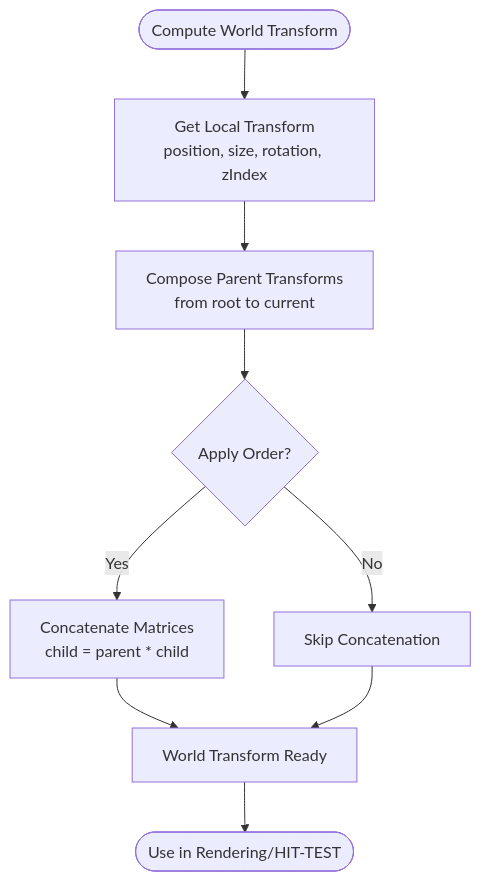
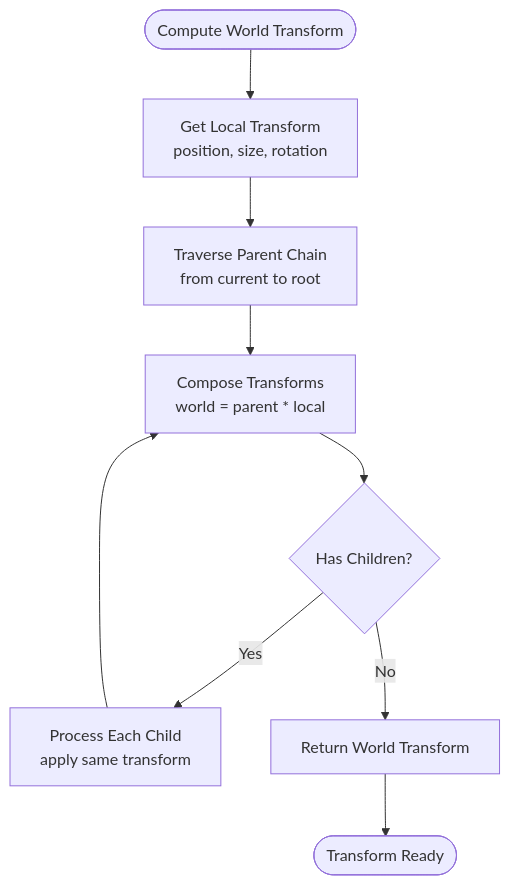
The fifth of 9 diagrams in .qoder/repowiki/en/content/Core Engine System/Scene Graph Architecture.md (Anna0314zy/ai_editor_enginer), drawn with Mermaid before and after one commit. The commit also changed other lines of this file and 41 other files, not shown here.

````diff
--- a/.qoder/repowiki/en/content/Core Engine System/Scene Graph Architecture.md
+++ b/.qoder/repowiki/en/content/Core Engine System/Scene Graph Architecture.md
@@ -189,11 +302,11 @@
 ```mermaid
 flowchart TD
-Start(["Compute World Transform"]) --> GetLocal["Get Local Transform<br/>position, size, rotation, zIndex"]
-GetLocal --> ComposeParent["Compose Parent Transforms<br/>from root to current"]
-ComposeParent --> ApplyOrder{"Apply Order?"}
-ApplyOrder --> |Yes| Concatenate["Concatenate Matrices<br/>child = parent * child"]
-ApplyOrder --> |No| Skip["Skip Concatenation"]
-Concatenate --> Result["World Transform Ready"]
-Skip --> Result
-Result --> End(["Use in Rendering/HIT-TEST"])
+Start(["Compute World Transform"]) --> GetLocal["Get Local Transform<br/>position, size, rotation"]
+GetLocal --> ParentChain["Traverse Parent Chain<br/>from current to root"]
+ParentChain --> Compose["Compose Transforms<br/>world = parent * local"]
+Compose --> CheckChildren{"Has Children?"}
+CheckChildren --> |Yes| ChildLoop["Process Each Child<br/>apply same transform"]
+CheckChildren --> |No| Result["Return World Transform"]
+ChildLoop --> Compose
+Result --> End(["Transform Ready"])
 ```
````
